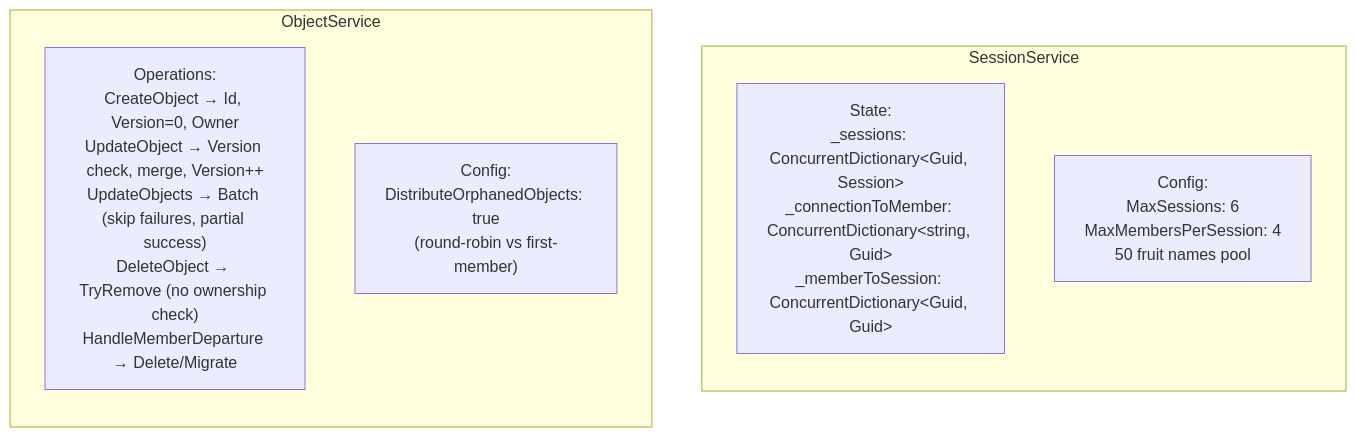
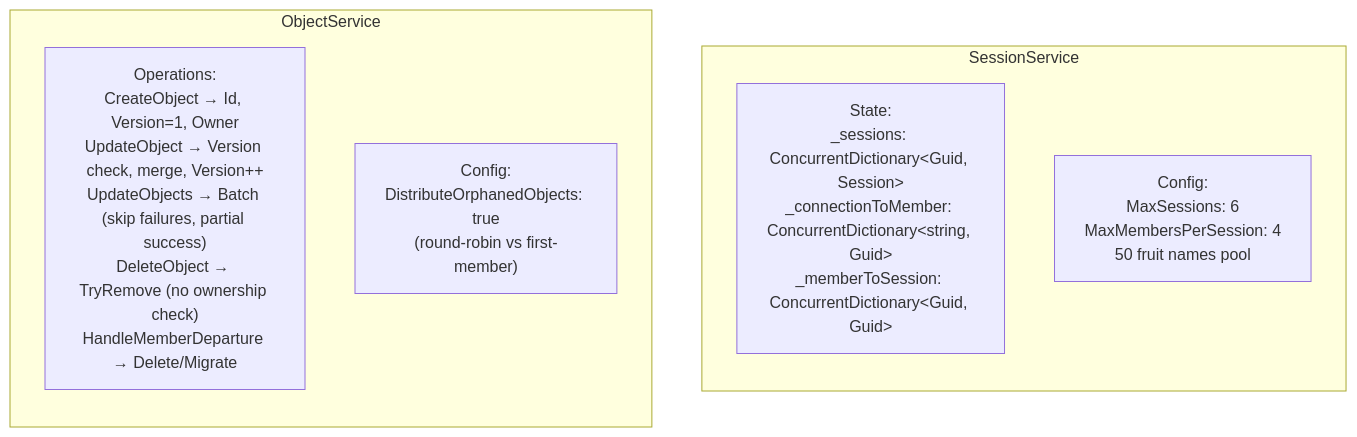
Before and after one commit to badvoidstar/asteroids: the third of 32 diagrams in ARCHITECTURE.md, drawn with Mermaid. The commit also changed other lines of this file, not shown here.

Commit message:
Update ARCHITECTURE.md to reflect recent codebase changes

````diff
--- a/ARCHITECTURE.md
+++ b/ARCHITECTURE.md
@@ -75,14 +75,14 @@
 ```mermaid
 graph TB
     subgraph "SessionService"
         direction TB
         SS_DICT["State:<br/>_sessions: ConcurrentDictionary&lt;Guid, Session&gt;<br/>_connectionToMember: ConcurrentDictionary&lt;string, Guid&gt;<br/>_memberToSession: ConcurrentDictionary&lt;Guid, Guid&gt;"]
         SS_CFG["Config:<br/>MaxSessions: 6<br/>MaxMembersPerSession: 4<br/>50 fruit names pool"]
     end
 
     subgraph "ObjectService"
         direction TB
-        OS_OPS["Operations:<br/>CreateObject → Id, Version=0, Owner<br/>UpdateObject → Version check, merge, Version++<br/>UpdateObjects → Batch (skip failures, partial success)<br/>DeleteObject → TryRemove (no ownership check)<br/>HandleMemberDeparture → Delete/Migrate"]
+        OS_OPS["Operations:<br/>CreateObject → Id, Version=1, Owner<br/>UpdateObject → Version check, merge, Version++<br/>UpdateObjects → Batch (skip failures, partial success)<br/>DeleteObject → TryRemove (no ownership check)<br/>HandleMemberDeparture → Delete/Migrate"]
         OS_CFG["Config:<br/>DistributeOrphanedObjects: true<br/>(round-robin vs first-member)"]
     end
 ```
````
